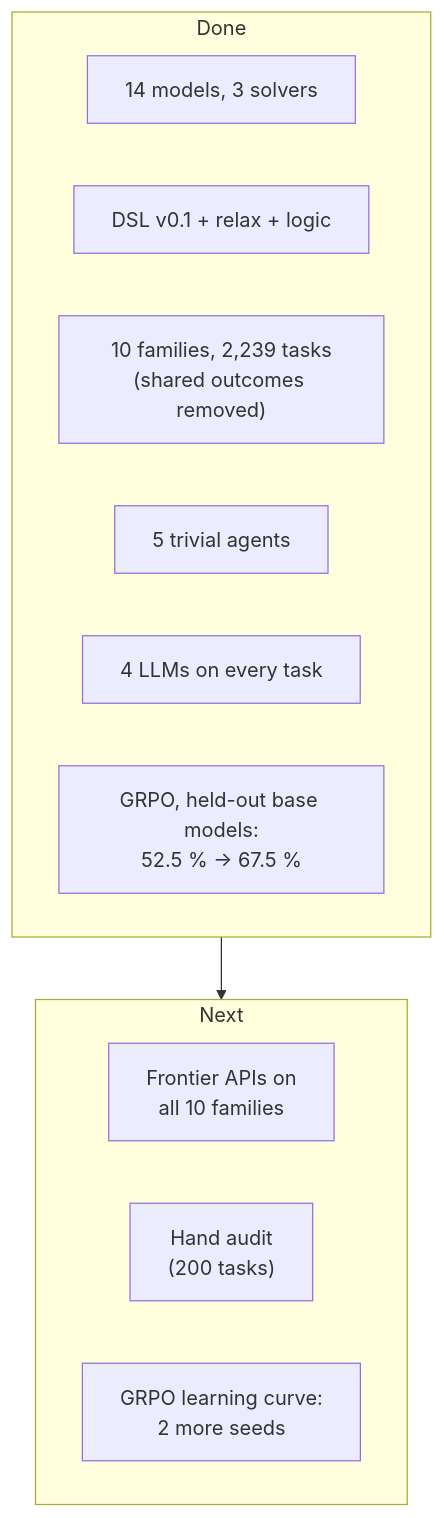
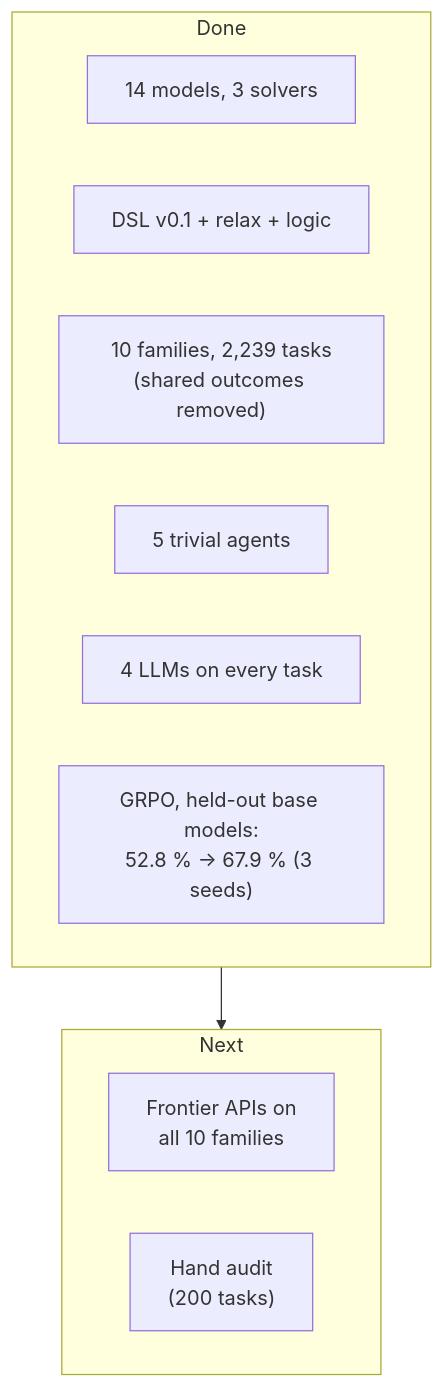
The tenth of 10 diagrams in README.md (aptgetnitin/whatifgym), drawn with Mermaid before and after one commit. The commit also changed other lines of this file and 776 other files, not shown here.

First line of the commit message:
Run 5, seeds 2 and 3: +15.1 points on 14 held-out base models over three seeds (52.8 % to 67.9 %)

````diff
--- a/README.md
+++ b/README.md
@@ -733,19 +734,18 @@
 ```mermaid
 flowchart TB
     subgraph D["Done"]
         direction LR
         D1["14 models, 3 solvers"]
         D2["DSL v0.1 + relax + logic"]
         D3["10 families, 2,239 tasks<br/>(shared outcomes removed)"]
         D4["5 trivial agents"]
         D5["4 LLMs on every task"]
-        D6["GRPO, held-out base models:<br/>52.5 % → 67.5 %"]
+        D6["GRPO, held-out base models:<br/>52.8 % → 67.9 % (3 seeds)"]
     end
     subgraph X["Next"]
         direction LR
         X1["Frontier APIs on<br/>all 10 families"]
         X4["Hand audit<br/>(200 tasks)"]
-        X5["GRPO learning curve:<br/>2 more seeds"]
     end
     D --> X
 ```
````
